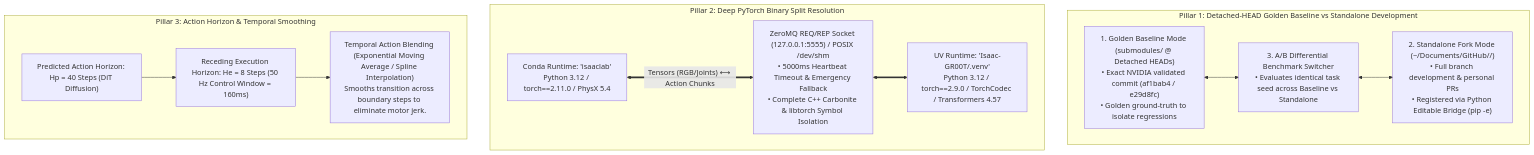
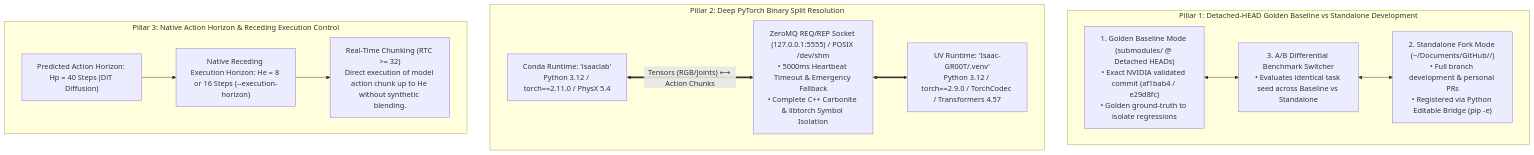
Before and after one commit to boredengineering/IsaacAutomator: diagram 19 of 21 in .agents/references/docs/isaac-install-plan.md, drawn with Mermaid. The commit also changed other lines of this file, not shown here.

Commit message:
docs(plan): align Section 5.8.3 strictly with NVIDIA native receding horizon execution without custom action blending

````diff
--- a/.agents/references/docs/isaac-install-plan.md
+++ b/.agents/references/docs/isaac-install-plan.md
@@ -1287,23 +1287,23 @@
 ```mermaid
 flowchart TD
     subgraph PILLAR1 ["Pillar 1: Detached-HEAD Golden Baseline vs Standalone Development"]
         BASE["1. Golden Baseline Mode (submodules/ @ Detached HEADs)\n• Exact NVIDIA validated commit (af1bab4 / e29d8fc)\n• Golden ground-truth to isolate regressions"]
         STANDALONE["2. Standalone Fork Mode (~/Documents/GitHub/<Owner>/<Repo>)\n• Full branch development & personal PRs\n• Registered via Python Editable Bridge (pip -e)"]
         DIFF_EVAL["3. A/B Differential Benchmark Switcher\n• Evaluates identical task seed across Baseline vs Standalone"]
         BASE <--> DIFF_EVAL <--> STANDALONE
     end
 
     subgraph PILLAR2 ["Pillar 2: Deep PyTorch Binary Split Resolution"]
         CONDA_STACK["Conda Runtime: 'isaaclab'\nPython 3.12 / torch==2.11.0 / PhysX 5.4"]
         UV_STACK["UV Runtime: 'Isaac-GR00T/.venv'\nPython 3.12 / torch==2.9.0 / TorchCodec / Transformers 4.57"]
         IPC_BRIDGE["ZeroMQ REQ/REP Socket (127.0.0.1:5555) / POSIX /dev/shm\n• 5000ms Heartbeat Timeout & Emergency Fallback\n• Complete C++ Carbonite & libtorch Symbol Isolation"]
         CONDA_STACK <== "Tensors (RGB/Joints) ⟷ Action Chunks" ==> IPC_BRIDGE <==> UV_STACK
     end
 
-    subgraph PILLAR3 ["Pillar 3: Action Horizon & Temporal Smoothing"]
+    subgraph PILLAR3 ["Pillar 3: Native Action Horizon & Receding Execution Control"]
         PRED_H["Predicted Action Horizon: Hp = 40 Steps (DiT Diffusion)"]
-        EXEC_H["Receding Execution Horizon: He = 8 Steps (50 Hz Control Window = 160ms)"]
-        BLEND["Temporal Action Blending (Exponential Moving Average / Spline Interpolation)\nSmooths transition across boundary steps to eliminate motor jerk."]
-        PRED_H --> EXEC_H --> BLEND
+        EXEC_H["Native Receding Execution Horizon: He = 8 or 16 Steps (--execution-horizon)"]
+        RTC["Real-Time Chunking (RTC >= 32)\nDirect execution of model action chunk up to He without synthetic blending."]
+        PRED_H --> EXEC_H --> RTC
     end
 ```
````
